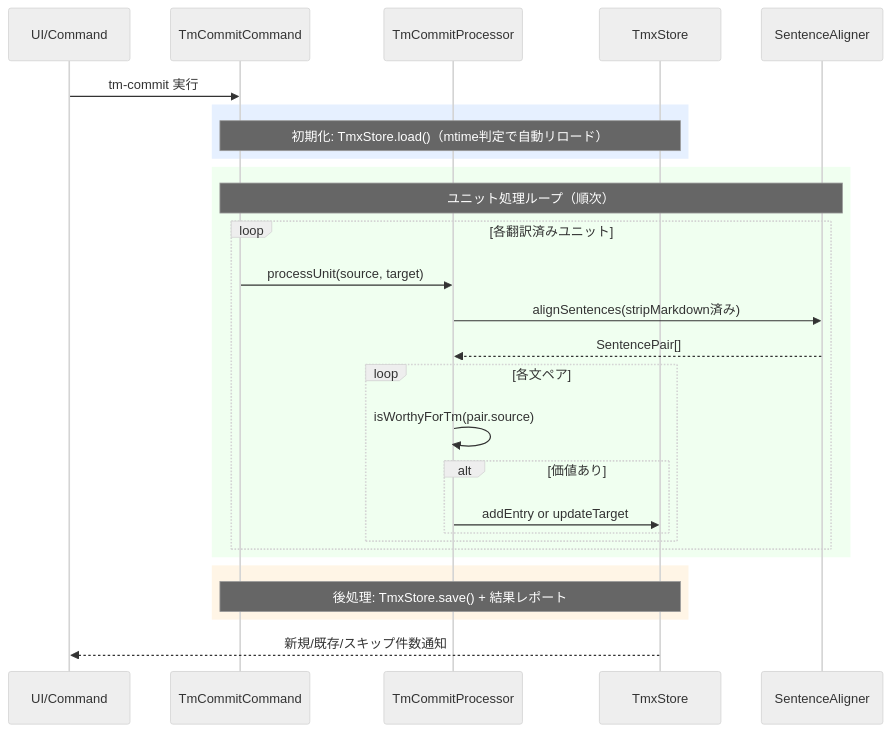
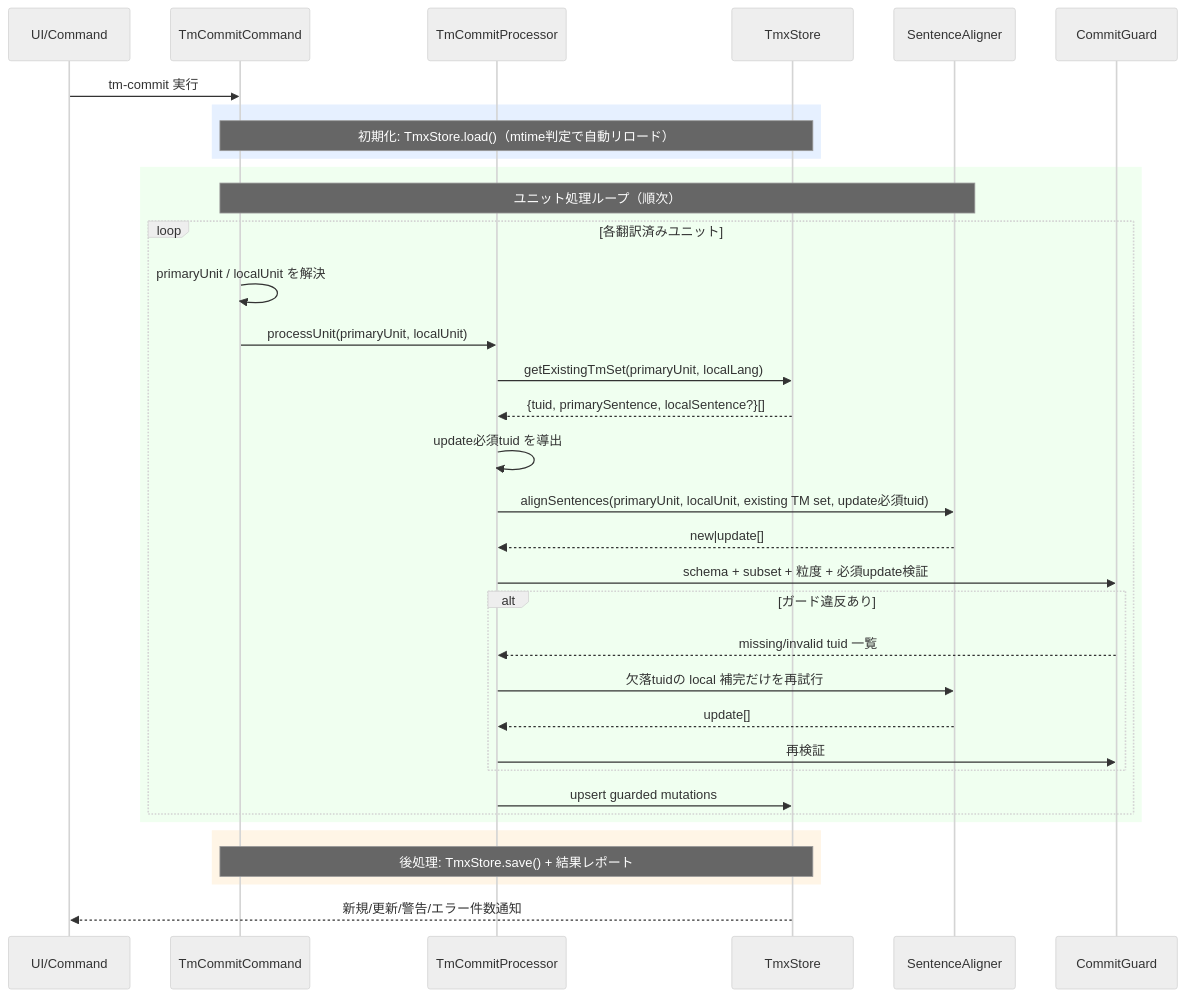
Before and after one commit to mochimochiki/mdait: the diagram in docs/design/command_tm.md, drawn with Mermaid (neutral theme). The commit also changed other lines of this file and 31 other files, not shown here.

````diff
--- a/docs/design/command_tm.md
+++ b/docs/design/command_tm.md
@@ -72,35 +69,42 @@
 ```mermaid
 sequenceDiagram
     participant User as UI/Command
     participant Cmd as TmCommitCommand
     participant Proc as TmCommitProcessor
     participant Store as TmxStore
     participant AI as SentenceAligner
+    participant Guard as CommitGuard
 
     User->>Cmd: tm-commit 実行
 
     rect rgb(230, 240, 255)
         Note over Cmd,Store: 初期化: TmxStore.load()（mtime判定で自動リロード）
     end
 
     rect rgb(240, 255, 240)
         Note over Cmd,AI: ユニット処理ループ（順次）
         loop 各翻訳済みユニット
-            Cmd->>Proc: processUnit(source, target)
-            Proc->>AI: alignSentences(stripMarkdown済み)
-            AI-->>Proc: SentencePair[]
-            loop 各文ペア
-                Proc->>Proc: isWorthyForTm(pair.source)
-                alt 価値あり
-                    Proc->>Store: addEntry or updateTarget
-                end
+            Cmd->>Cmd: primaryUnit / localUnit を解決
+            Cmd->>Proc: processUnit(primaryUnit, localUnit)
+            Proc->>Store: getExistingTmSet(primaryUnit, localLang)
+            Store-->>Proc: {tuid, primarySentence, localSentence?}[]
+            Proc->>Proc: update必須tuid を導出
+            Proc->>AI: alignSentences(primaryUnit, localUnit, existing TM set, update必須tuid)
+            AI-->>Proc: new|update[]
+            Proc->>Guard: schema + subset + 粒度 + 必須update検証
+            alt ガード違反あり
+                Guard-->>Proc: missing/invalid tuid 一覧
+                Proc->>AI: 欠落tuidの local 補完だけを再試行
+                AI-->>Proc: update[]
+                Proc->>Guard: 再検証
             end
+            Proc->>Store: upsert guarded mutations
         end
     end
 
     rect rgb(255, 245, 230)
         Note over Cmd,Store: 後処理: TmxStore.save() + 結果レポート
     end
 
-    Store-->>User: 新規/既存/スキップ件数通知
+    Store-->>User: 新規/更新/警告/エラー件数通知
 ```
````
